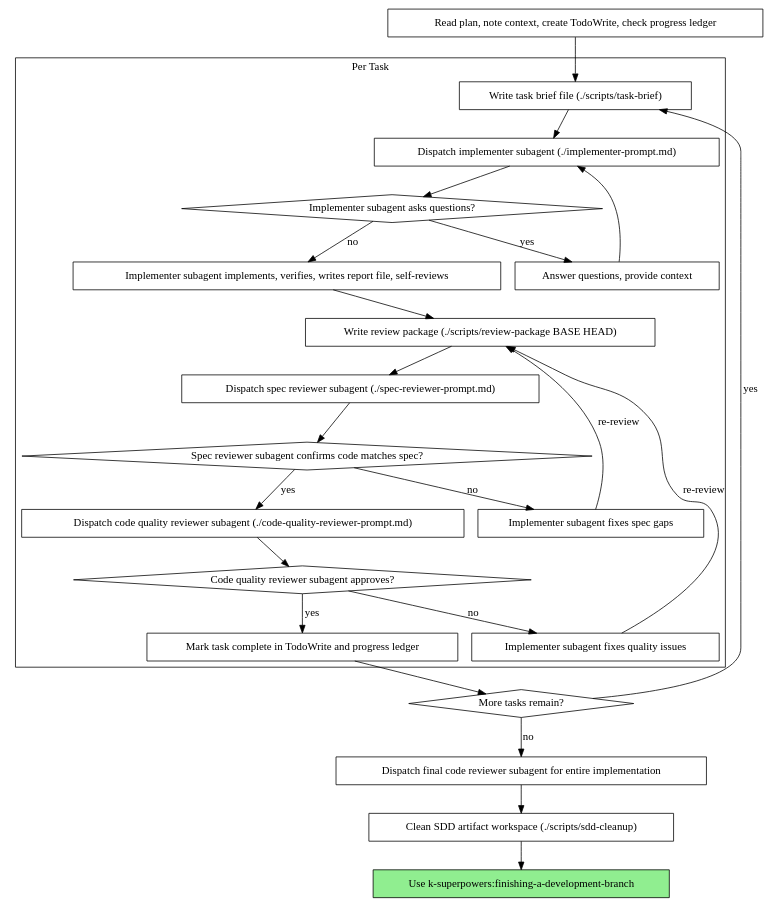
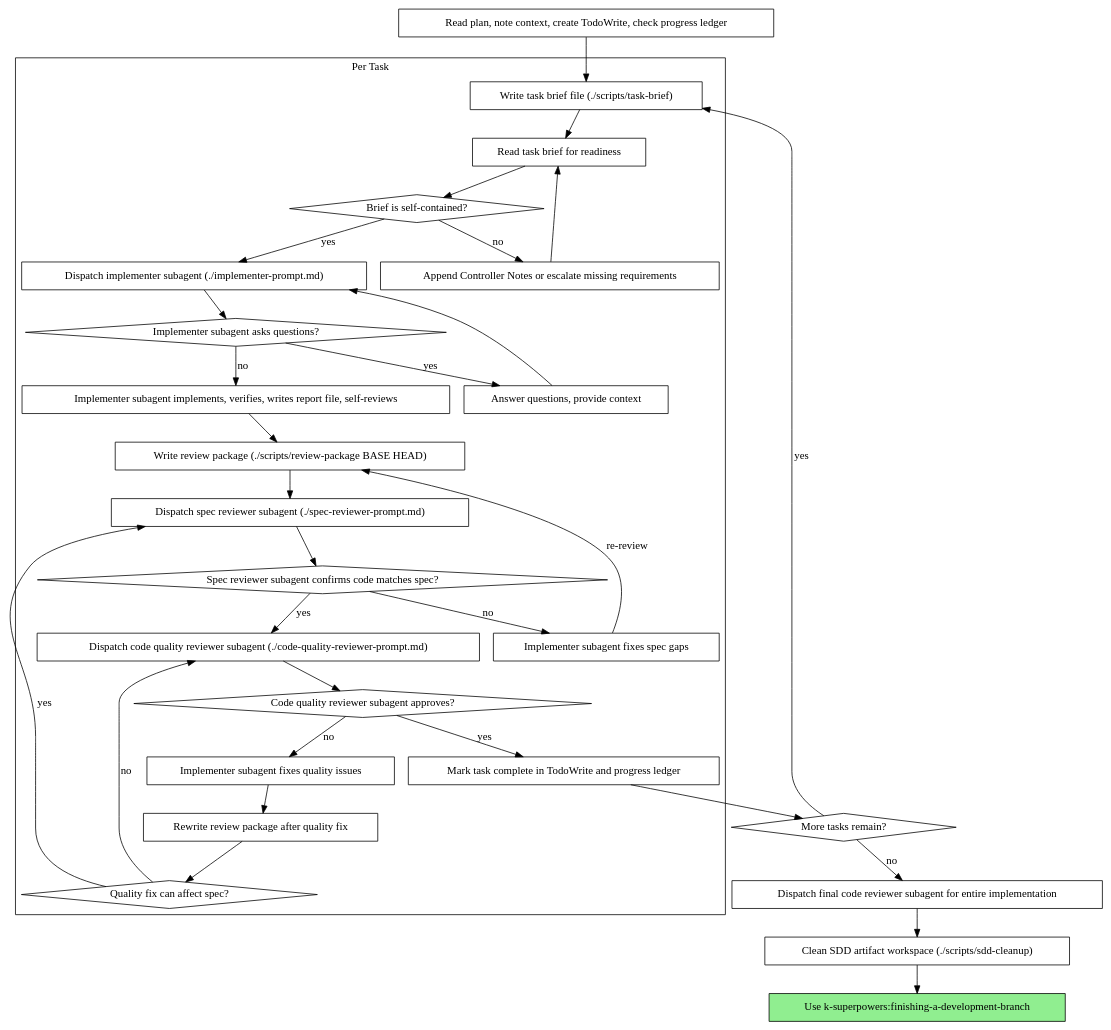
The second of 2 diagrams in skills/subagent-driven-development/SKILL.md (kirito41dd/k-superpowers), drawn with Graphviz before and after one commit. The commit also changed other lines of this file and 11 other files, not shown here.

Commit message:
Improve SDD task briefs and review routing

````diff
--- a/skills/subagent-driven-development/SKILL.md
+++ b/skills/subagent-driven-development/SKILL.md
@@ -50,50 +50,62 @@
 ```dot
 digraph process {
     rankdir=TB;
 
     subgraph cluster_per_task {
         label="Per Task";
         "Write task brief file (./scripts/task-brief)" [shape=box];
+        "Read task brief for readiness" [shape=box];
+        "Brief is self-contained?" [shape=diamond];
+        "Append Controller Notes or escalate missing requirements" [shape=box];
         "Dispatch implementer subagent (./implementer-prompt.md)" [shape=box];
         "Implementer subagent asks questions?" [shape=diamond];
         "Answer questions, provide context" [shape=box];
         "Implementer subagent implements, verifies, writes report file, self-reviews" [shape=box];
         "Write review package (./scripts/review-package BASE HEAD)" [shape=box];
         "Dispatch spec reviewer subagent (./spec-reviewer-prompt.md)" [shape=box];
         "Spec reviewer subagent confirms code matches spec?" [shape=diamond];
         "Implementer subagent fixes spec gaps" [shape=box];
         "Dispatch code quality reviewer subagent (./code-quality-reviewer-prompt.md)" [shape=box];
         "Code quality reviewer subagent approves?" [shape=diamond];
         "Implementer subagent fixes quality issues" [shape=box];
+        "Rewrite review package after quality fix" [shape=box];
+        "Quality fix can affect spec?" [shape=diamond];
         "Mark task complete in TodoWrite and progress ledger" [shape=box];
     }
 
     "Read plan, note context, create TodoWrite, check progress ledger" [shape=box];
     "More tasks remain?" [shape=diamond];
     "Dispatch final code reviewer subagent for entire implementation" [shape=box];
     "Clean SDD artifact workspace (./scripts/sdd-cleanup)" [shape=box];
     "Use k-superpowers:finishing-a-development-branch" [shape=box style=filled fillcolor=lightgreen];
 
     "Read plan, note context, create TodoWrite, check progress ledger" -> "Write task brief file (./scripts/task-brief)";
-    "Write task brief file (./scripts/task-brief)" -> "Dispatch implementer subagent (./implementer-prompt.md)";
+    "Write task brief file (./scripts/task-brief)" -> "Read task brief for readiness";
+    "Read task brief for readiness" -> "Brief is self-contained?";
+    "Brief is self-contained?" -> "Dispatch implementer subagent (./implementer-prompt.md)" [label="yes"];
+    "Brief is self-contained?" -> "Append Controller Notes or escalate missing requirements" [label="no"];
+    "Append Controller Notes or escalate missing requirements" -> "Read task brief for readiness";
     "Dispatch implementer subagent (./implementer-prompt.md)" -> "Implementer subagent asks questions?";
     "Implementer subagent asks questions?" -> "Answer questions, provide context" [label="yes"];
     "Answer questions, provide context" -> "Dispatch implementer subagent (./implementer-prompt.md)";
     "Implementer subagent asks questions?" -> "Implementer subagent implements, verifies, writes report file, self-reviews" [label="no"];
     "Implementer subagent implements, verifies, writes report file, self-reviews" -> "Write review package (./scripts/review-package BASE HEAD)";
     "Write review package (./scripts/review-package BASE HEAD)" -> "Dispatch spec reviewer subagent (./spec-reviewer-prompt.md)";
     "Dispatch spec reviewer subagent (./spec-reviewer-prompt.md)" -> "Spec reviewer subagent confirms code matches spec?";
     "Spec reviewer subagent confirms code matches spec?" -> "Implementer subagent fixes spec gaps" [label="no"];
     "Implementer subagent fixes spec gaps" -> "Write review package (./scripts/review-package BASE HEAD)" [label="re-review"];
     "Spec reviewer subagent confirms code matches spec?" -> "Dispatch code quality reviewer subagent (./code-quality-reviewer-prompt.md)" [label="yes"];
     "Dispatch code quality reviewer subagent (./code-quality-reviewer-prompt.md)" -> "Code quality reviewer subagent approves?";
     "Code quality reviewer subagent approves?" -> "Implementer subagent fixes quality issues" [label="no"];
-    "Implementer subagent fixes quality issues" -> "Write review package (./scripts/review-package BASE HEAD)" [label="re-review"];
+    "Implementer subagent fixes quality issues" -> "Rewrite review package after quality fix";
+    "Rewrite review package after quality fix" -> "Quality fix can affect spec?";
+    "Quality fix can affect spec?" -> "Dispatch spec reviewer subagent (./spec-reviewer-prompt.md)" [label="yes"];
+    "Quality fix can affect spec?" -> "Dispatch code quality reviewer subagent (./code-quality-reviewer-prompt.md)" [label="no"];
     "Code quality reviewer subagent approves?" -> "Mark task complete in TodoWrite and progress ledger" [label="yes"];
     "Mark task complete in TodoWrite and progress ledger" -> "More tasks remain?";
     "More tasks remain?" -> "Write task brief file (./scripts/task-brief)" [label="yes"];
     "More tasks remain?" -> "Dispatch final code reviewer subagent for entire implementation" [label="no"];
     "Dispatch final code reviewer subagent for entire implementation" -> "Clean SDD artifact workspace (./scripts/sdd-cleanup)";
     "Clean SDD artifact workspace (./scripts/sdd-cleanup)" -> "Use k-superpowers:finishing-a-development-branch";
 }
 ```
````
